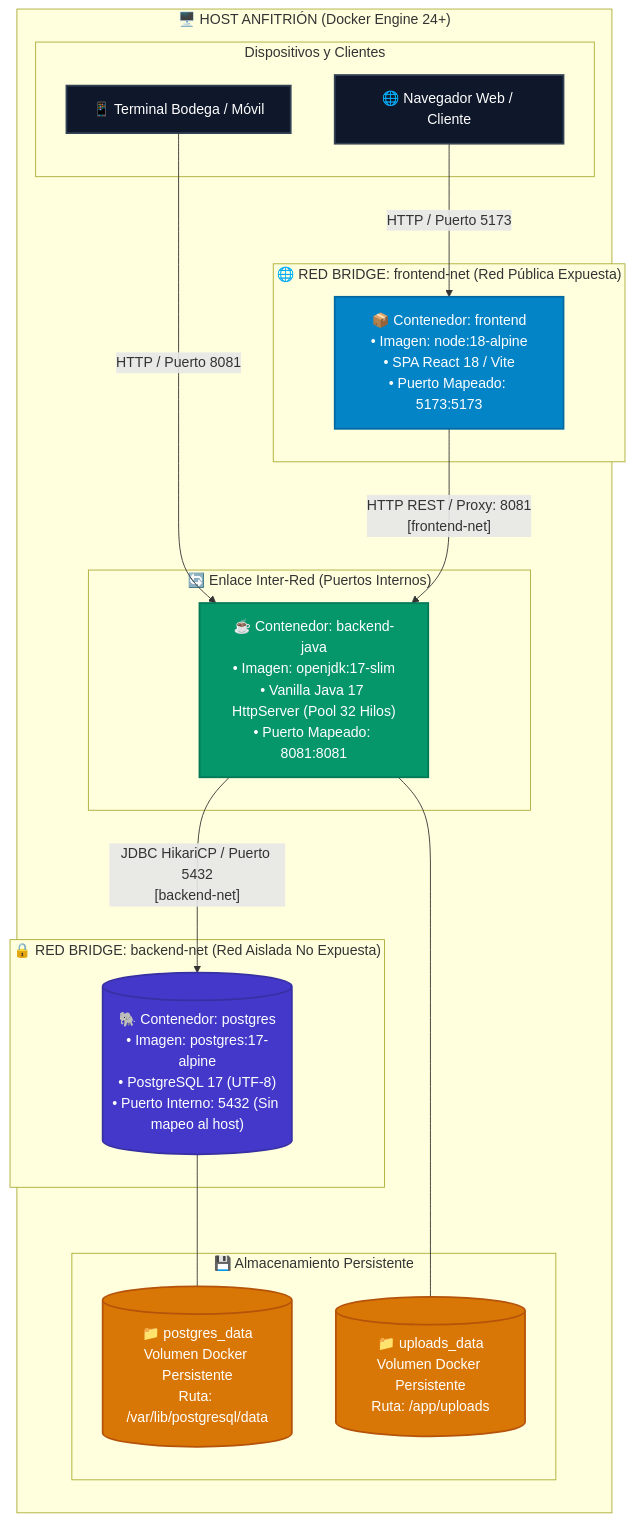
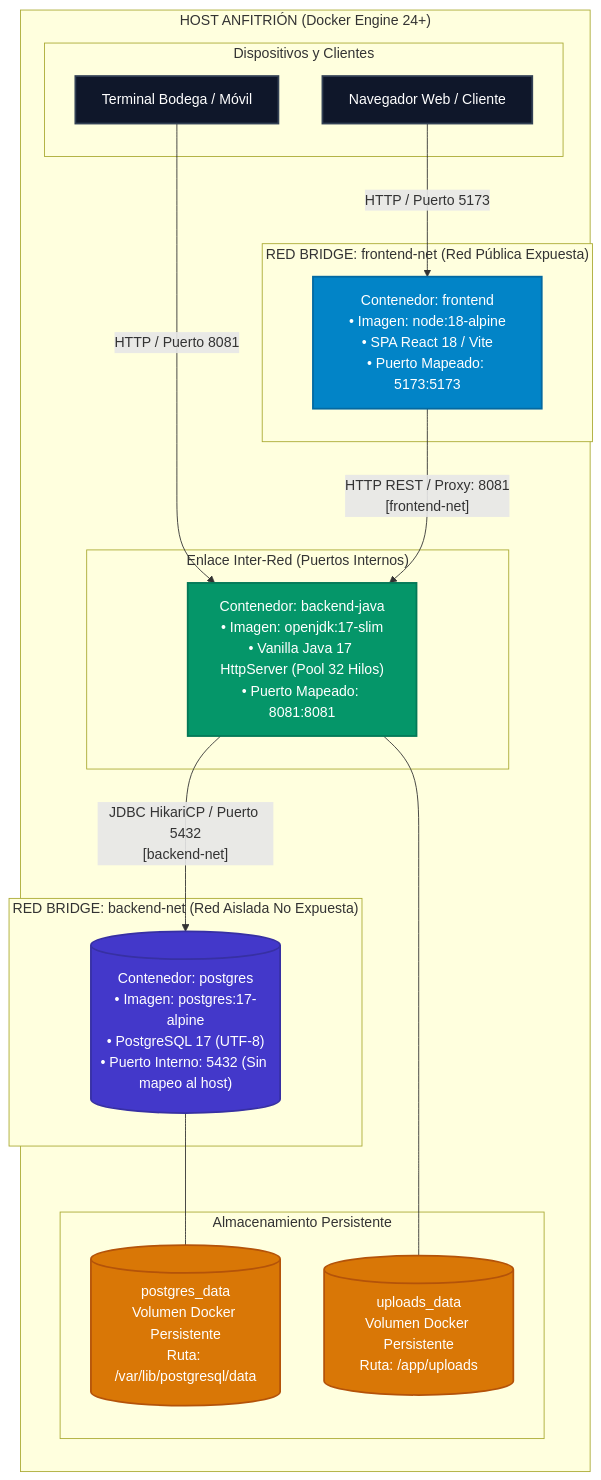
One commit to DAVIDVLEZ-DEVELOPER/PROYECTO-SENA-TIENDA-TEXTIL changed the diagram in documentacion/06-manual-tecnico-instalacion-y-despliegue.md. Above: the diagram before and after it, drawn with Mermaid. The commit also changed other lines of this file and 6 other files, not shown here.

Commit message:
docs: eliminar emojis de la documentacion tecnica y diagramas de arquitectura para conformidad con estandares academicos ADSO

````diff
--- a/documentacion/06-manual-tecnico-instalacion-y-despliegue.md
+++ b/documentacion/06-manual-tecnico-instalacion-y-despliegue.md
@@ -42,43 +42,43 @@
 ```mermaid
 flowchart TD
     classDef hostStyle fill:#0f172a,stroke:#334155,stroke-width:2px,color:#ffffff,font-family:sans-serif;
     classDef frontStyle fill:#0284c7,stroke:#0369a1,stroke-width:2px,color:#ffffff,font-family:sans-serif;
     classDef backStyle fill:#059669,stroke:#047857,stroke-width:2px,color:#ffffff,font-family:sans-serif;
     classDef dbStyle fill:#4338ca,stroke:#3730a3,stroke-width:2px,color:#ffffff,font-family:sans-serif;
     classDef volStyle fill:#d97706,stroke:#b45309,stroke-width:2px,color:#ffffff,font-family:sans-serif;
 
-    subgraph Host ["🖥️ HOST ANFITRIÓN (Docker Engine 24+)"]
+    subgraph Host ["HOST ANFITRIÓN (Docker Engine 24+)"]
         direction TB
 
         subgraph ClientesExternos ["Dispositivos y Clientes"]
-            UserWeb["🌐 Navegador Web / Cliente"]:::hostStyle
-            UserApp["📱 Terminal Bodega / Móvil"]:::hostStyle
+            UserWeb["Navegador Web / Cliente"]:::hostStyle
+            UserApp["Terminal Bodega / Móvil"]:::hostStyle
         end
 
-        subgraph RedFrontend ["🌐 RED BRIDGE: frontend-net (Red Pública Expuesta)"]
-            ContFrontend["📦 Contenedor: frontend<br/>• Imagen: node:18-alpine<br/>• SPA React 18 / Vite<br/>• Puerto Mapeado: 5173:5173"]:::frontStyle
+        subgraph RedFrontend ["RED BRIDGE: frontend-net (Red Pública Expuesta)"]
+            ContFrontend["Contenedor: frontend<br/>• Imagen: node:18-alpine<br/>• SPA React 18 / Vite<br/>• Puerto Mapeado: 5173:5173"]:::frontStyle
         end
 
-        subgraph RedesCompartidas ["🔄 Enlace Inter-Red (Puertos Internos)"]
-            ContBackend["☕ Contenedor: backend-java<br/>• Imagen: openjdk:17-slim<br/>• Vanilla Java 17 HttpServer (Pool 32 Hilos)<br/>• Puerto Mapeado: 8081:8081"]:::backStyle
+        subgraph RedesCompartidas ["Enlace Inter-Red (Puertos Internos)"]
+            ContBackend["Contenedor: backend-java<br/>• Imagen: openjdk:17-slim<br/>• Vanilla Java 17 HttpServer (Pool 32 Hilos)<br/>• Puerto Mapeado: 8081:8081"]:::backStyle
         end
 
-        subgraph RedBackend ["🔒 RED BRIDGE: backend-net (Red Aislada No Expuesta)"]
-            ContPostgres[("🐘 Contenedor: postgres<br/>• Imagen: postgres:17-alpine<br/>• PostgreSQL 17 (UTF-8)<br/>• Puerto Interno: 5432 (Sin mapeo al host)")]:::dbStyle
+        subgraph RedBackend ["RED BRIDGE: backend-net (Red Aislada No Expuesta)"]
+            ContPostgres[("Contenedor: postgres<br/>• Imagen: postgres:17-alpine<br/>• PostgreSQL 17 (UTF-8)<br/>• Puerto Interno: 5432 (Sin mapeo al host)")]:::dbStyle
         end
 
-        subgraph VolumenesDocker ["💾 Almacenamiento Persistente"]
-            VolData[("📁 postgres_data<br/>Volumen Docker Persistente<br/>Ruta: /var/lib/postgresql/data")]:::volStyle
-            VolUploads[("📁 uploads_data<br/>Volumen Docker Persistente<br/>Ruta: /app/uploads")]:::volStyle
+        subgraph VolumenesDocker ["Almacenamiento Persistente"]
+            VolData[("postgres_data<br/>Volumen Docker Persistente<br/>Ruta: /var/lib/postgresql/data")]:::volStyle
+            VolUploads[("uploads_data<br/>Volumen Docker Persistente<br/>Ruta: /app/uploads")]:::volStyle
         end
     end
 
     UserWeb -->|"HTTP / Puerto 5173"| ContFrontend
     UserApp -->|"HTTP / Puerto 8081"| ContBackend
 
     ContFrontend -->|"HTTP REST / Proxy: 8081<br/>[frontend-net]"| ContBackend
     ContBackend -->|"JDBC HikariCP / Puerto 5432<br/>[backend-net]"| ContPostgres
 
     ContPostgres --- VolData
     ContBackend --- VolUploads
 ```
````
